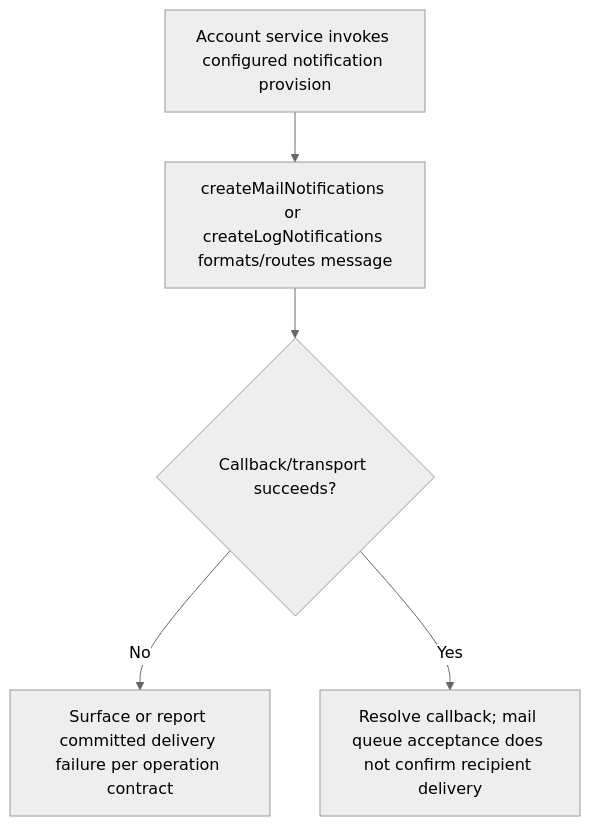
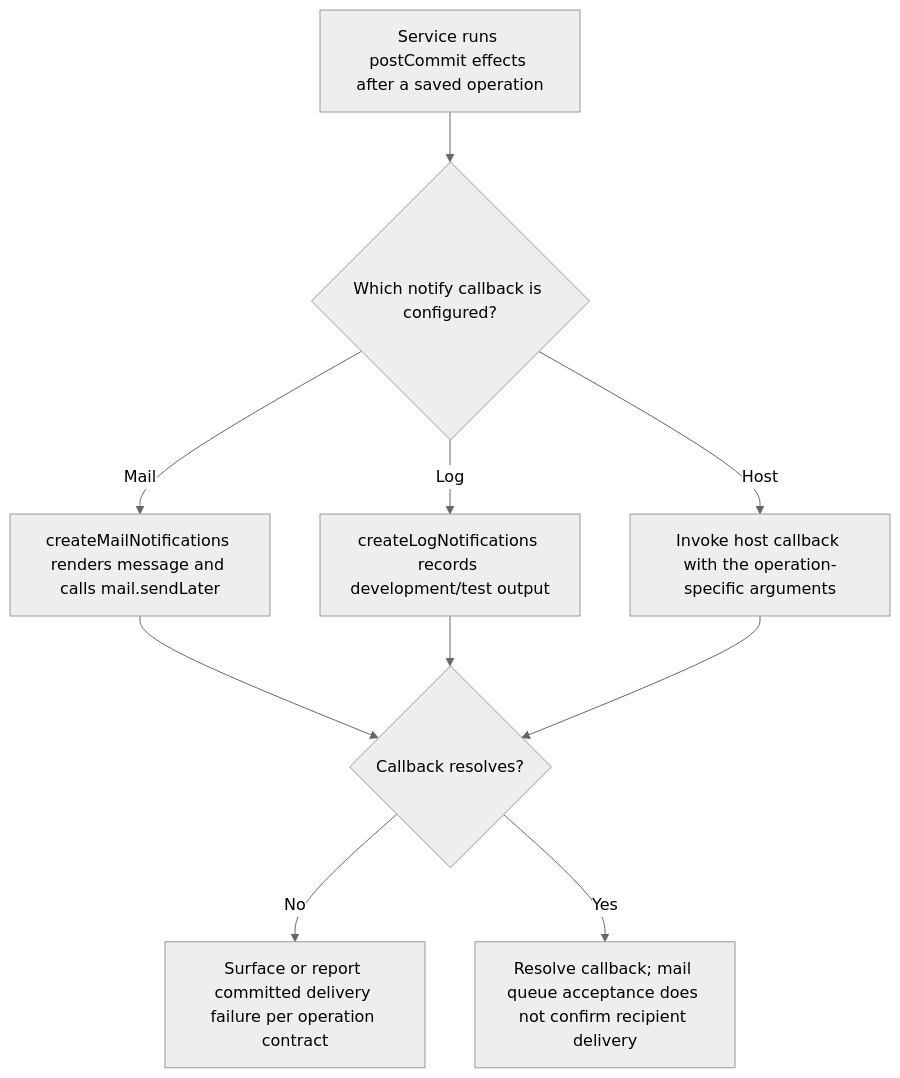
One commit to Kevinjohn/oss-adonisjs-account-kit changed the second of 2 diagrams in user-stories/US-ACCOUNT-35-configure-notifications.md. Above: the diagram before and after it, drawn with Mermaid (neutral theme). The commit also changed other lines of this file and 70 other files, not shown here.

````diff
--- a/user-stories/US-ACCOUNT-35-configure-notifications.md
+++ b/user-stories/US-ACCOUNT-35-configure-notifications.md
@@ -31,7 +31,12 @@
 ```mermaid
 flowchart TD
- A["Account service invokes configured notification provision"] --> B["createMailNotifications or createLogNotifications formats/routes message"]
- B --> C{"Callback/transport succeeds?"}
+ A["Service runs postCommit effects after a saved operation"] --> B{"Which notify callback is configured?"}
+ B -->|Mail| M["createMailNotifications renders message and calls mail.sendLater"]
+ B -->|Log| L["createLogNotifications records development/test output"]
+ B -->|Host| H["Invoke host callback with the operation-specific arguments"]
+ M --> C{"Callback resolves?"}
+ L --> C
+ H --> C
  C -->|No| D["Surface or report committed delivery failure per operation contract"]
  C -->|Yes| E["Resolve callback; mail queue acceptance does not confirm recipient delivery"]
 ```
````
